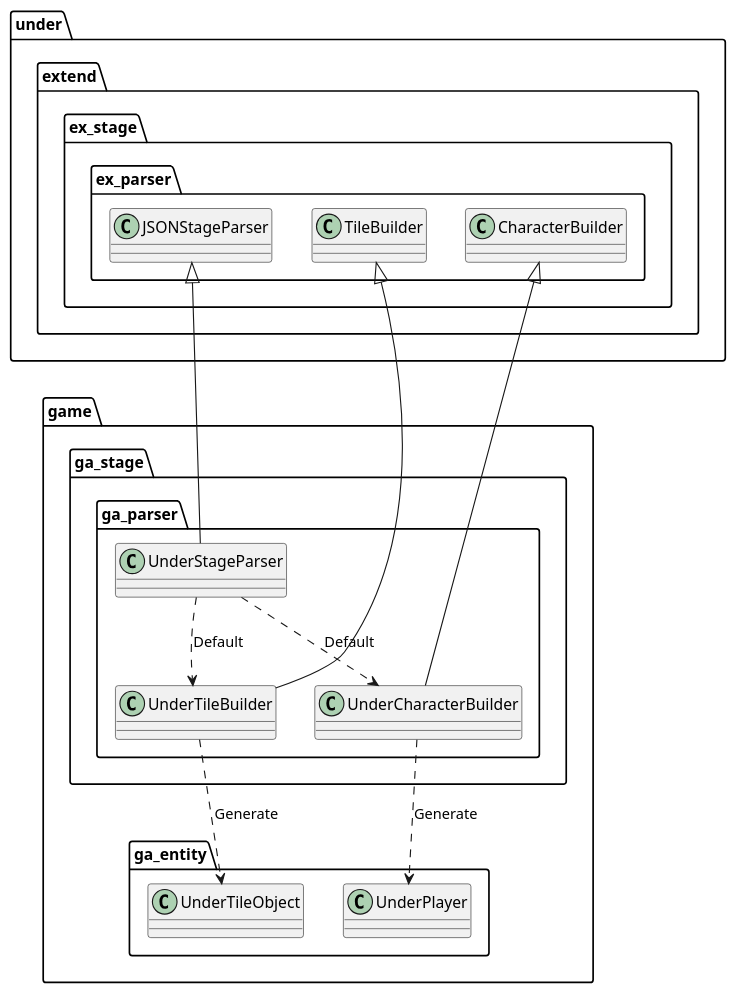
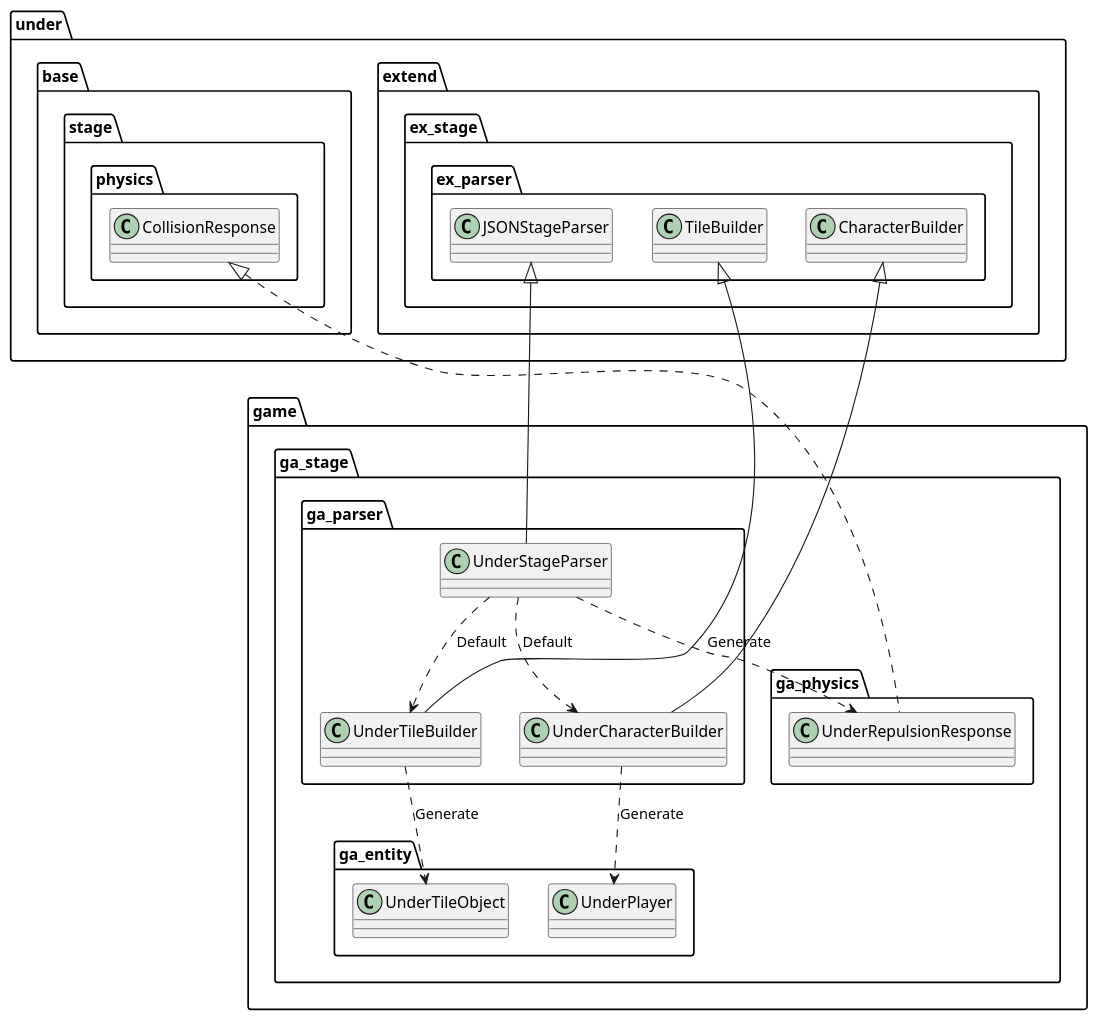
Before and after one commit to Expine/Under: the diagram in uml/stage/Game.wsd, drawn with PlantUML. The commit also changed 15 other files, not shown here.

```diff
--- a/uml/stage/Game.wsd
+++ b/uml/stage/Game.wsd
@@ -1,41 +1,56 @@
 @startuml StageGame
 
 package game {
     package ga_stage {
         package ga_parser {
             class UnderStageParser
             class UnderTileBuilder
             class UnderCharacterBuilder
         }
+
+        package ga_physics {
+            class UnderRepulsionResponse
+        }
     }
 }
 
 package game {
-    package ga_entity {
-        class UnderTileObject
-        class UnderPlayer
+    package ga_stage {
+        package ga_entity {
+            class UnderTileObject
+            class UnderPlayer
+        }
     }
 }
 
 package under {
+    package base {
+        package stage {
+            package physics {
+                class CollisionResponse
+            }
+        }
+    }
     package extend {
         package ex_stage {
             package ex_parser {
                 class JSONStageParser
                 class TileBuilder
                 class CharacterBuilder
             }
         }
     }
 }
 
 UnderStageParser ..> UnderTileBuilder : "Default"
 UnderStageParser ..> UnderCharacterBuilder : "Default"
+UnderStageParser ..> UnderRepulsionResponse : "Generate"
 UnderTileBuilder ..> UnderTileObject : Generate
 UnderCharacterBuilder ..> UnderPlayer : Generate
 
 JSONStageParser <|-- UnderStageParser
 TileBuilder <|-- UnderTileBuilder
 CharacterBuilder <|-- UnderCharacterBuilder
+CollisionResponse <|.. UnderRepulsionResponse
 
 @enduml
```
